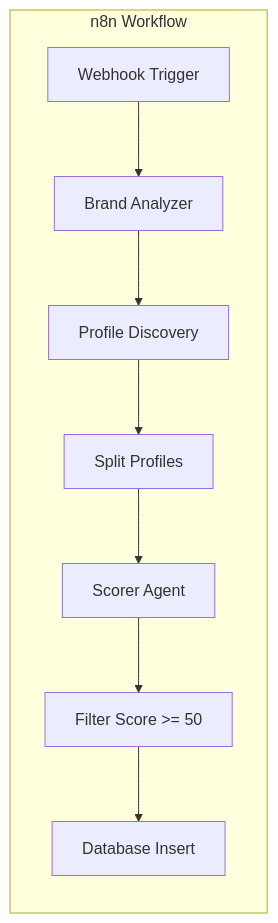
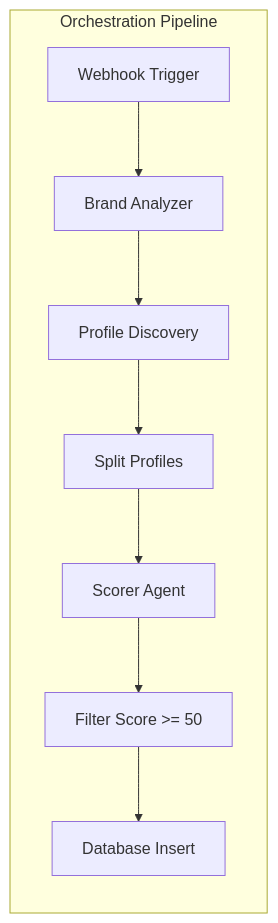
One commit to ela-ravi/modern-partner-scout changed the second of 4 diagrams in docs/Agents_Documentation.md. Above: the diagram before and after it, drawn with Mermaid. The commit also changed other lines of this file and 44 other files, not shown here.

First line of the commit message:
refactor: Remove n8n dependency, use internal orchestration pipeline directly

````diff
--- a/docs/Agents_Documentation.md
+++ b/docs/Agents_Documentation.md
@@ -470,11 +470,11 @@
 ```mermaid
 flowchart LR
-    subgraph orchestration [n8n Workflow]
+    subgraph orchestration [Orchestration Pipeline]
         A[Webhook Trigger] --> B[Brand Analyzer]
         B --> C[Profile Discovery]
         C --> D[Split Profiles]
         D --> E[Scorer Agent]
         E --> F[Filter Score >= 50]
         F --> G[Database Insert]
     end
 ```
````
